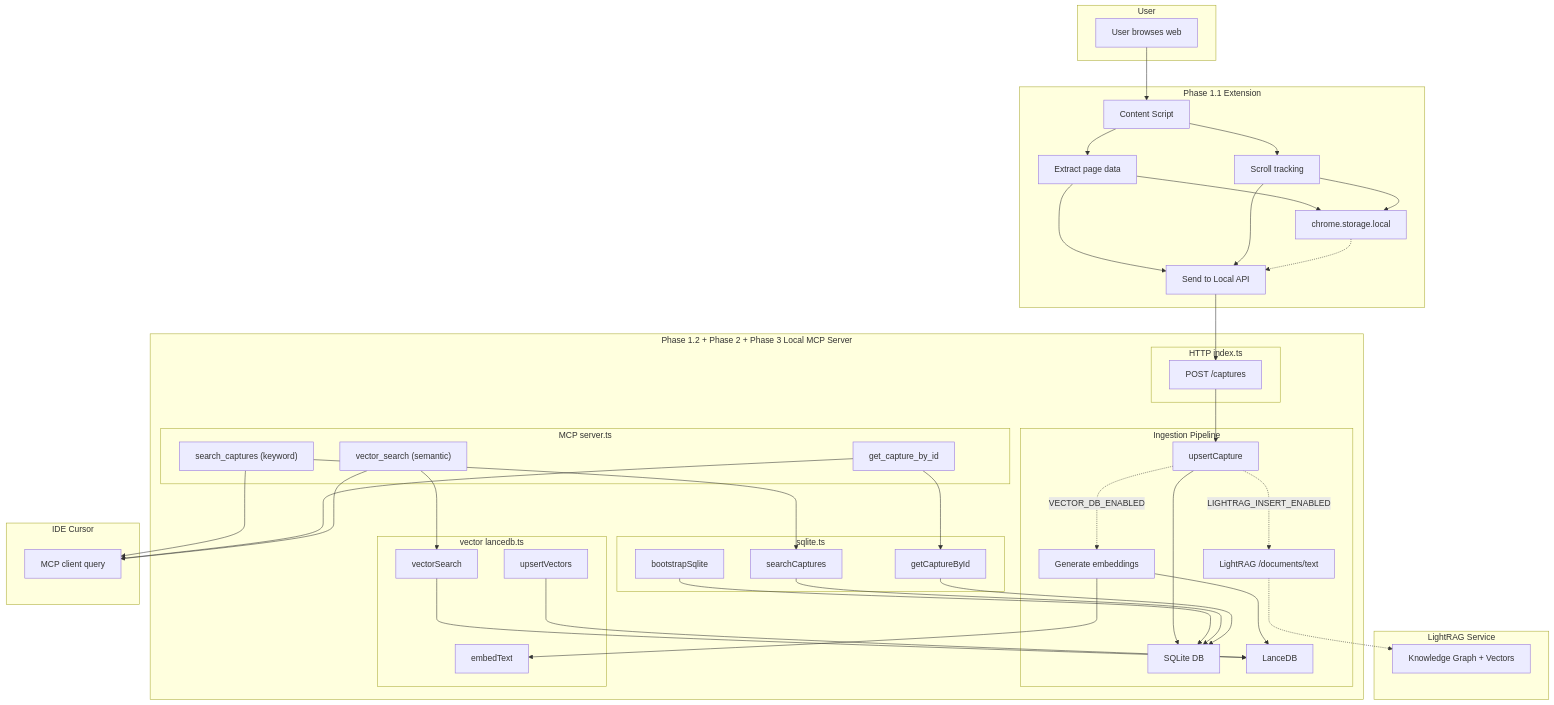
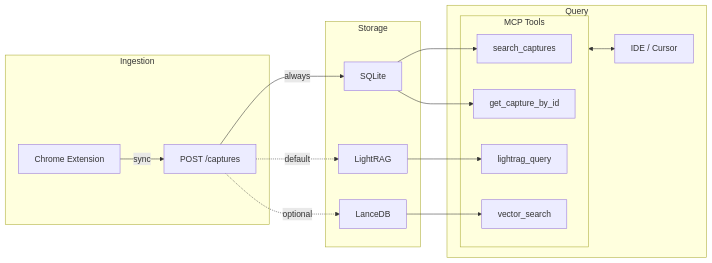
Before and after one commit to kyhsdjq/surfrag: the diagram in README.md, drawn with Mermaid. The commit also changed other lines of this file and 8 other files, not shown here.

Commit message:
feat: Phase 3.4 completed (lightrag retrieve)

````diff
--- a/README.md
+++ b/README.md
@@ -7,73 +7,33 @@
 ```mermaid
-flowchart TB
-    subgraph User["User"]
-        A["User browses web"]
+flowchart LR
+    subgraph Ingest["Ingestion"]
+        EXT["Chrome Extension"]
+        HTTP["POST /captures"]
+        EXT -->|"sync"| HTTP
     end
 
-    subgraph Ext["Phase 1.1 Extension"]
-        B["Content Script"]
-        C["Extract page data"]
-        D["Scroll tracking"]
-        E["chrome.storage.local"]
-        F["Send to Local API"]
+    subgraph Storage["Storage"]
+        SQLITE["SQLite"]
+        LR["LightRAG"]
+        LANCEDB["LanceDB"]
     end
 
-    subgraph Server["Phase 1.2 + Phase 2 + Phase 3 Local MCP Server"]
-        subgraph HTTP["HTTP index.ts"]
-            G["POST /captures"]
+    subgraph Query["Query"]
+        subgraph Tools["MCP Tools"]
+            T1["search_captures"]
+            T2["lightrag_query"]
+            T3["vector_search"]
+            T4["get_capture_by_id"]
         end
-        subgraph Ingestion["Ingestion Pipeline"]
-            G --> H2
-            H2 --> K["SQLite DB"]
-            H2 -.->|"VECTOR_DB_ENABLED"| EMB["Generate embeddings"]
-            EMB --> VDB["LanceDB"]
-            H2 -.->|"LIGHTRAG_INSERT_ENABLED"| LR["LightRAG /documents/text"]
-        end
-        subgraph SQLite["sqlite.ts"]
-            H1["bootstrapSqlite"]
-            H2["upsertCapture"]
-            H3["searchCaptures"]
-            H4["getCaptureById"]
-        end
-        subgraph Vector["vector lancedb.ts"]
-            V1["embedText"]
-            V2["upsertVectors"]
-            V3["vectorSearch"]
-        end
-        subgraph MCP["MCP server.ts"]
-            I["search_captures (keyword)"]
-            J["get_capture_by_id"]
-            VSEARCH["vector_search (semantic)"]
-        end
+        IDE["IDE / Cursor"]
+        Tools <--> IDE
     end
 
-    subgraph LightRAG["LightRAG Service"]
-        LR -.-> KG["Knowledge Graph + Vectors"]
-    end
+    HTTP -->|"always"| SQLITE
+    HTTP -.->|"default"| LR
+    HTTP -.->|"optional"| LANCEDB
 
-    subgraph IDE["IDE Cursor"]
-        L["MCP client query"]
-    end
-
-    A --> B
-    B --> C
-    B --> D
-    C --> E
-    C --> F
-    D --> E
-    D --> F
-    E -.-> F
-    F --> G
-    H1 --> K
-    I --> H3
-    H3 --> K
-    J --> H4
-    H4 --> K
-    VSEARCH --> V3
-    V3 --> VDB
-    EMB --> V1
-    V2 --> VDB
-    I --> L
-    J --> L
-    VSEARCH --> L
+    SQLITE --> T1 & T4
+    LR --> T2
+    LANCEDB --> T3
 ```
````
